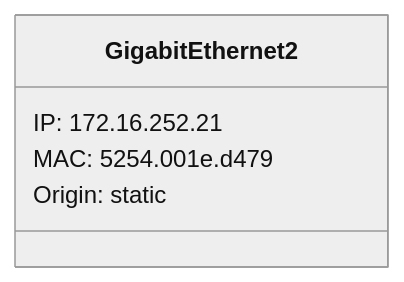
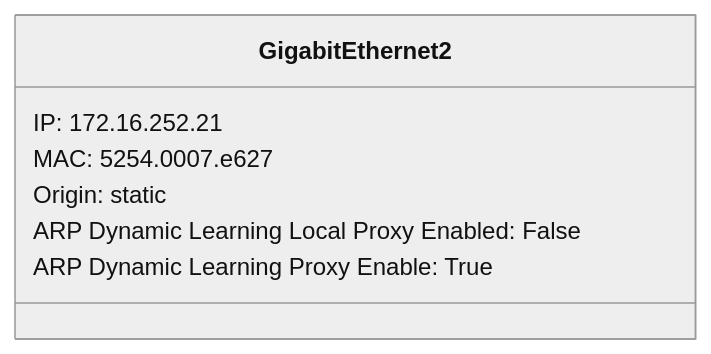
Before and after one commit to automateyournetwork/pyYAHTS: the third of 11 diagrams in Examples/IOS-XE/dist-rtr01 arp class.md, drawn with Mermaid (neutral theme). The commit also changed other lines of this file and 34 other files, not shown here.

Commit message:
ios-xe class diagrams

````diff
--- a/Examples/IOS-XE/dist-rtr01 arp class.md
+++ b/Examples/IOS-XE/dist-rtr01 arp class.md
@@ -18,8 +22,10 @@
 ```mermaid
 classDiagram
 class GigabitEthernet2{
 IP: 172.16.252.21
-MAC: 5254.001e.d479
+MAC: 5254.0007.e627
 Origin: static
+ARP Dynamic Learning Local Proxy Enabled: False
+ARP Dynamic Learning Proxy Enable: True
 }
 ```
````
